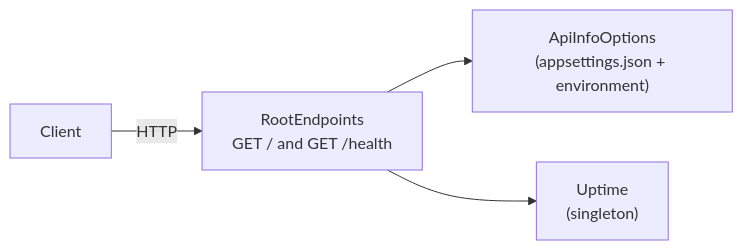
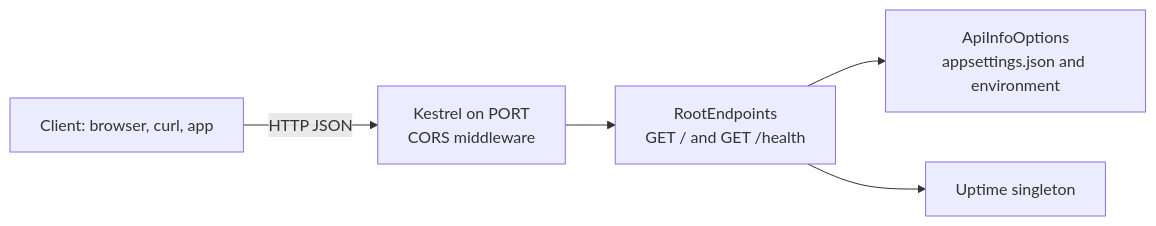
One commit to light-cloud-com/templates changed the diagram in starters/starter-dotnet/README.md. Above: the diagram before and after it, drawn with Mermaid. The commit also changed other lines of this file and 2 other files, not shown here.

First line of the commit message:
README: ASP.NET Core minimal API starter landing page

````diff
--- a/starters/starter-dotnet/README.md
+++ b/starters/starter-dotnet/README.md
@@ -28,6 +122,7 @@
 ```mermaid
 flowchart LR
-    client["Client"] -->|HTTP| endpoints["RootEndpoints<br/>GET / and GET /health"]
-    endpoints --> options["ApiInfoOptions<br/>(appsettings.json + environment)"]
-    endpoints --> uptime["Uptime<br/>(singleton)"]
+    client["Client: browser, curl, app"] -->|HTTP JSON| kestrel["Kestrel on PORT<br/>CORS middleware"]
+    kestrel --> endpoints["RootEndpoints<br/>GET / and GET /health"]
+    endpoints --> options["ApiInfoOptions<br/>appsettings.json and environment"]
+    endpoints --> uptime["Uptime singleton"]
 ```
````
